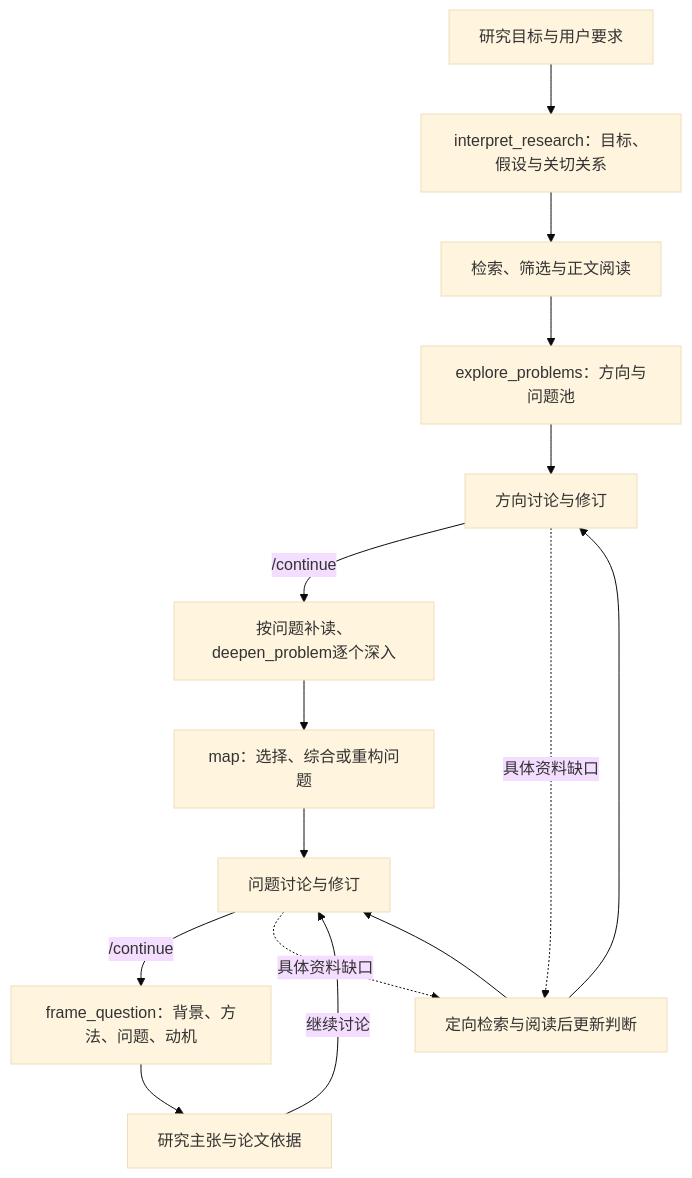
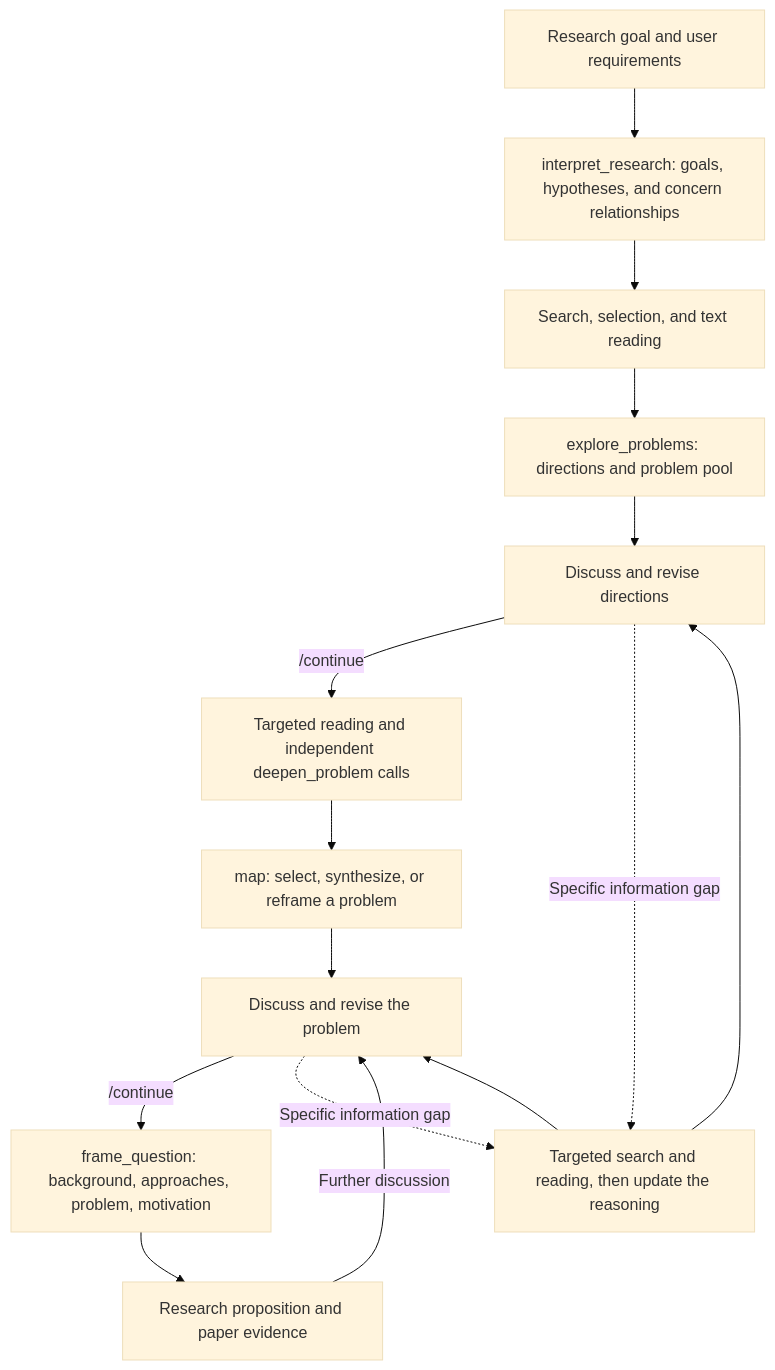
The diagram in docs/architecture.md (ghh1125/Research-idea), drawn with Mermaid (base theme) before and after one commit. The commit also changed other lines of this file and 17 other files, not shown here.

````diff
--- a/docs/architecture.md
+++ b/docs/architecture.md
@@ -33,17 +35,17 @@
 ```mermaid
 flowchart TD
-    A[研究目标与用户要求] --> J[interpret_research：目标、假设与关切关系]
-    J --> B[检索、筛选与正文阅读]
-    B --> C[explore_problems：方向与问题池]
-    C --> D[方向讨论与修订]
-    D -->|/continue| E[按问题补读、deepen_problem逐个深入]
-    E --> F[map：选择、综合或重构问题]
-    F --> G[问题讨论与修订]
-    G -->|/continue| H[frame_question：背景、方法、问题、动机]
-    D -.具体资料缺口.-> R[定向检索与阅读后更新判断]
-    G -.具体资料缺口.-> R
+    A[Research goal and user requirements] --> J[interpret_research: goals, hypotheses, and concern relationships]
+    J --> B[Search, selection, and text reading]
+    B --> C[explore_problems: directions and problem pool]
+    C --> D[Discuss and revise directions]
+    D -->|/continue| E[Targeted reading and independent deepen_problem calls]
+    E --> F[map: select, synthesize, or reframe a problem]
+    F --> G[Discuss and revise the problem]
+    G -->|/continue| H[frame_question: background, approaches, problem, motivation]
+    D -.Specific information gap.-> R[Targeted search and reading, then update the reasoning]
+    G -.Specific information gap.-> R
     R --> D
     R --> G
-    H --> I[研究主张与论文依据]
-    I -->|继续讨论| G
+    H --> I[Research proposition and paper evidence]
+    I -->|Further discussion| G
 ```
````
